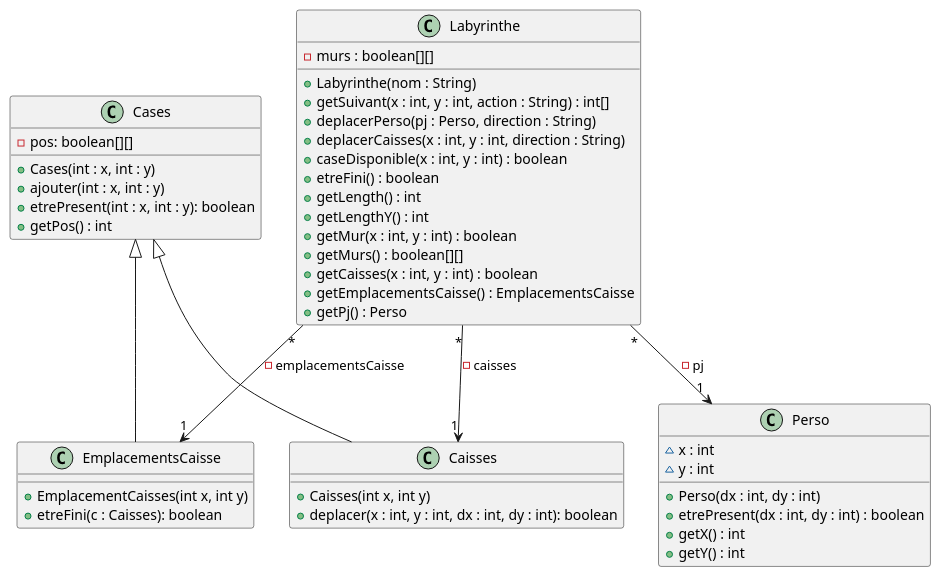
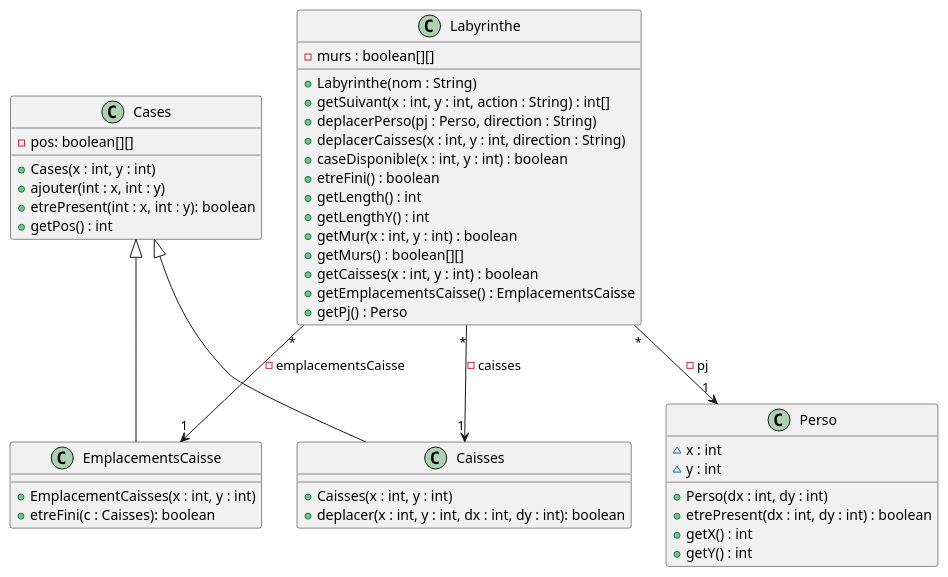
The diagram in documents/version_3/Modification du diagramme de classe de Labyrinthe.puml (Flotss/Zeldiablo), drawn with PlantUML before and after one commit. The commit also changed 4 other files, not shown here.

Commit message:
update diagrammes & LabyDessin

```diff
--- a/documents/version_3/Modification du diagramme de classe de Labyrinthe.puml
+++ b/documents/version_3/Modification du diagramme de classe de Labyrinthe.puml
@@ -1,54 +1,54 @@
 @startuml
 
 class Labyrinthe{
     - murs : boolean[][]
     + Labyrinthe(nom : String)
     + getSuivant(x : int, y : int, action : String) : int[]
     + deplacerPerso(pj : Perso, direction : String)
     + deplacerCaisses(x : int, y : int, direction : String)
     + caseDisponible(x : int, y : int) : boolean
     + etreFini() : boolean
     + getLength() : int
     + getLengthY() : int
     + getMur(x : int, y : int) : boolean
     + getMurs() : boolean[][]
     + getCaisses(x : int, y : int) : boolean
     + getEmplacementsCaisse() : EmplacementsCaisse
     + getPj() : Perso
 }
 
 class Cases{
     - pos: boolean[][]
-    + Cases(int : x, int : y)
+    + Cases(x : int, y : int)
     + ajouter(int : x, int : y)
     + etrePresent(int : x, int : y): boolean
     + getPos() : int
 }
 
 class Caisses {
-    + Caisses(int x, int y)
+    + Caisses(x : int, y : int)
     + deplacer(x : int, y : int, dx : int, dy : int): boolean
 }
 
 class EmplacementsCaisse {
-    + EmplacementCaisses(int x, int y)
+    + EmplacementCaisses(x : int, y : int)
     + etreFini(c : Caisses): boolean
 }
 
 class Perso {
     ~ x : int
     ~ y : int
     + Perso(dx : int, dy : int)
     + etrePresent(dx : int, dy : int) : boolean
     + getX() : int
     + getY() : int
 }
 Labyrinthe "*" --> "1" Perso : - pj
 
 Labyrinthe "*" --> "1" Caisses : - caisses
 
 Labyrinthe "*" --> "1" EmplacementsCaisse : - emplacementsCaisse
 
 Cases <|-- Caisses
 Cases <|-- EmplacementsCaisse
 @enduml
```
